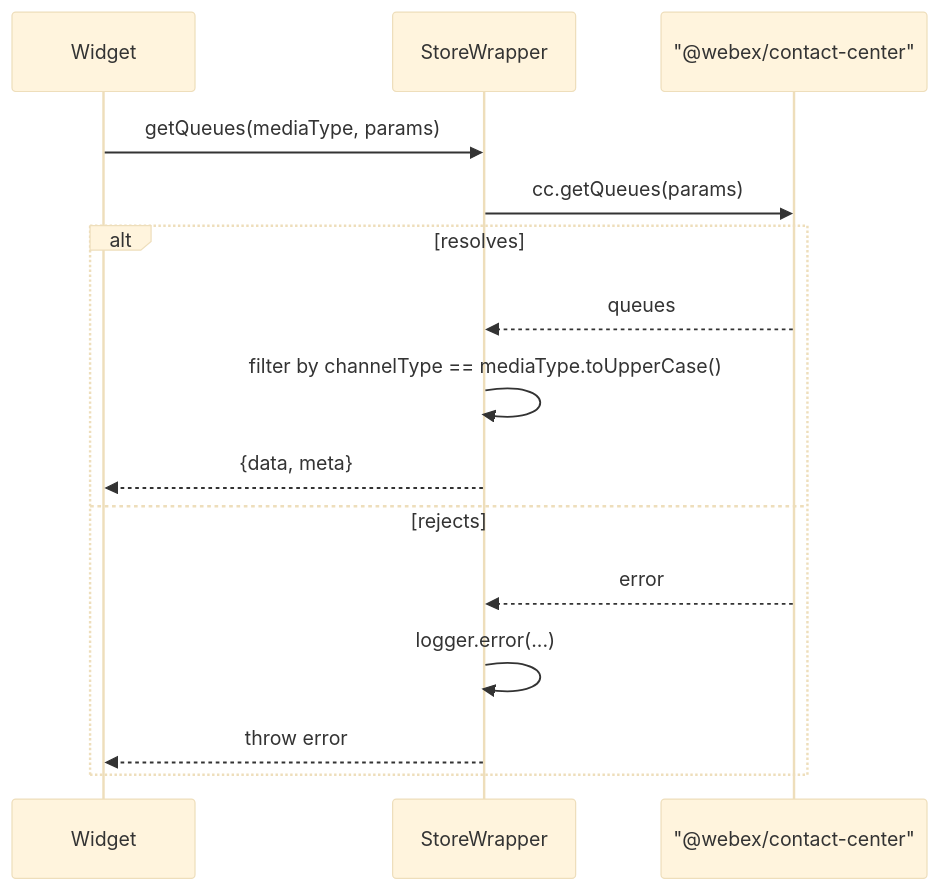
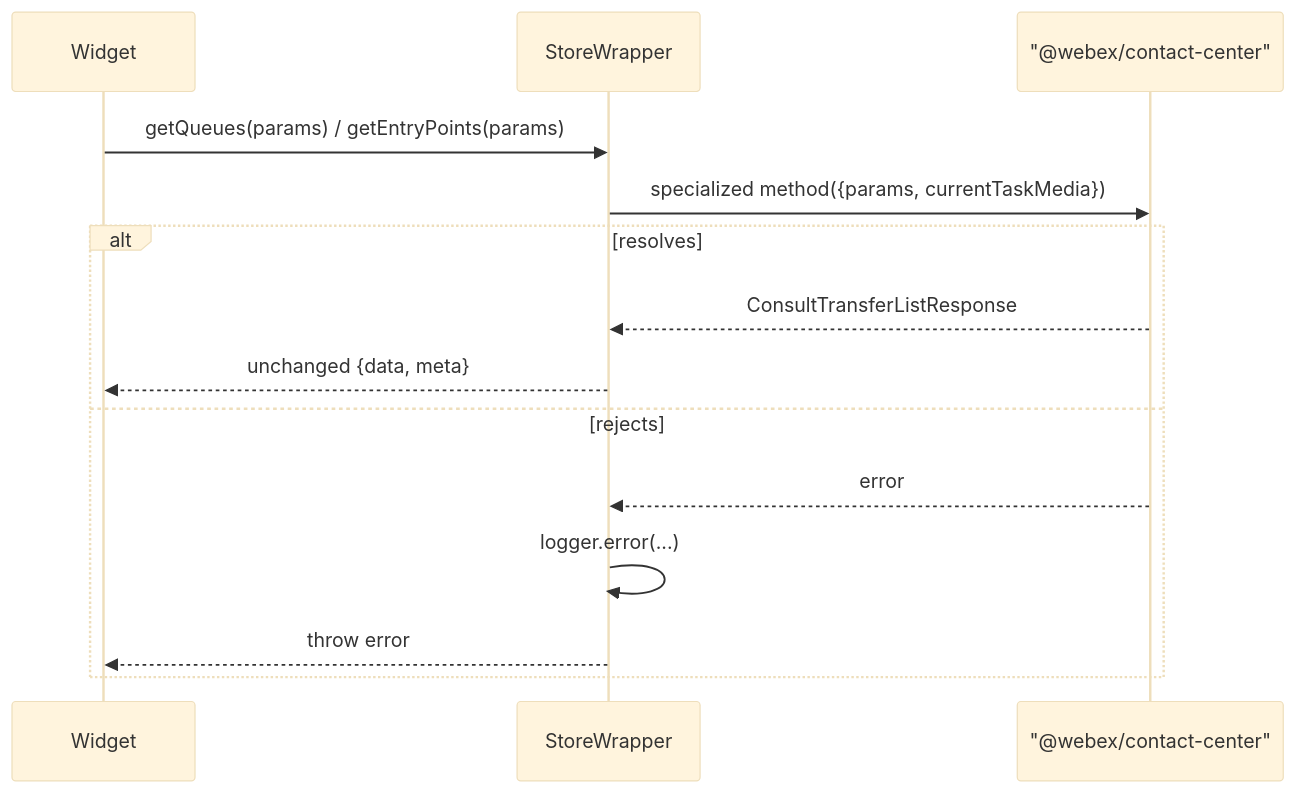
Before and after one commit to webex/widgets: the fifth of 6 diagrams in packages/contact-center/store/ai-docs/store-spec.md, drawn with Mermaid (base theme). The commit also changed other lines of this file and 10 other files, not shown here.

Commit message:
fix(contact-center): delegate list policy to sdk

````diff
--- a/packages/contact-center/store/ai-docs/store-spec.md
+++ b/packages/contact-center/store/ai-docs/store-spec.md
@@ -241,18 +241,17 @@
 ```mermaid
 sequenceDiagram
   participant Widget
   participant W as StoreWrapper
   participant SDK as "@webex/contact-center"
 
-  Widget->>W: getQueues(mediaType, params)
-  W->>SDK: cc.getQueues(params)
+  Widget->>W: getQueues(params) / getEntryPoints(params)
+  W->>SDK: specialized method({params, currentTaskMedia})
   alt resolves
-    SDK-->>W: queues
-    W->>W: filter by channelType == mediaType.toUpperCase()
-    W-->>Widget: {data, meta}
+    SDK-->>W: ConsultTransferListResponse
+    W-->>Widget: unchanged {data, meta}
   else rejects
     SDK-->>W: error
     W->>W: logger.error(...)
     W-->>Widget: throw error
   end
 ```
````
